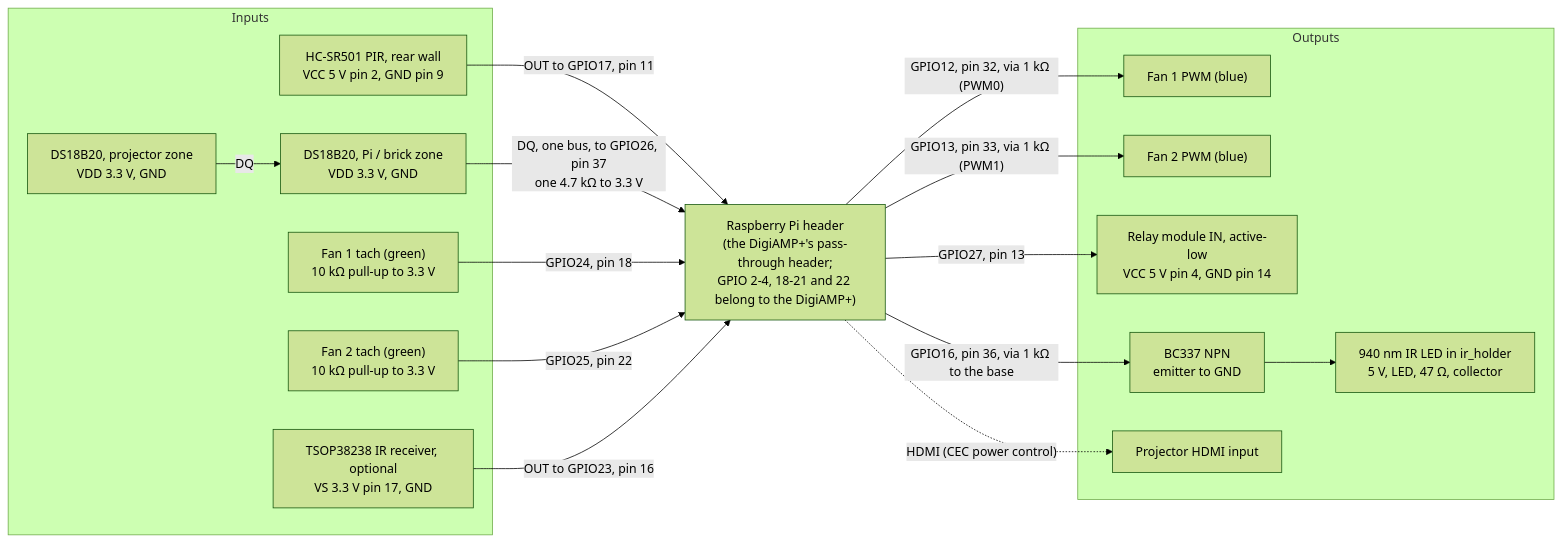
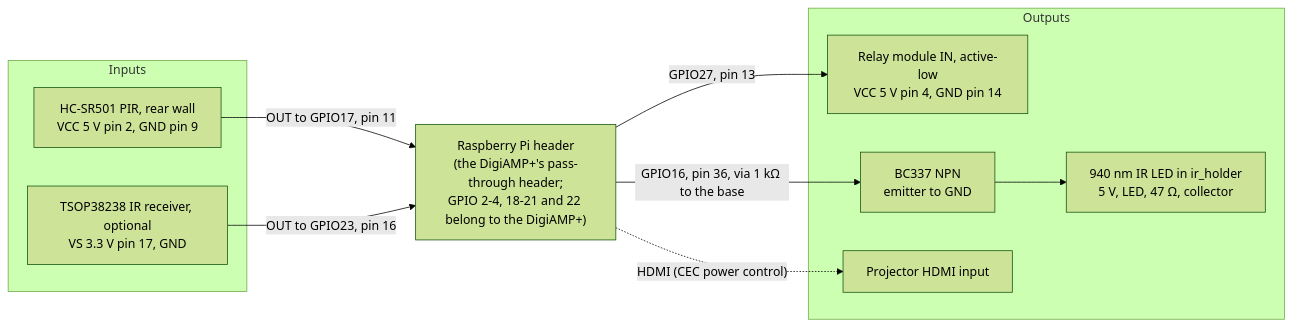
Before and after one commit to davidwkeith/atmosfx-projector-case: the third of 3 diagrams in docs/WIRING.md, drawn with Mermaid (forest theme). The commit also changed other lines of this file and 4 other files, not shown here.

````diff
--- a/docs/WIRING.md
+++ b/docs/WIRING.md
@@ -123,31 +116,19 @@
 ```mermaid
 flowchart LR
   subgraph IN["Inputs"]
     PIR["HC-SR501 PIR, rear wall<br/>VCC 5 V pin 2, GND pin 9"]
-    T1["DS18B20, projector zone<br/>VDD 3.3 V, GND"]
-    T2["DS18B20, Pi / brick zone<br/>VDD 3.3 V, GND"]
-    TACH1["Fan 1 tach (green)<br/>10 kΩ pull-up to 3.3 V"]
-    TACH2["Fan 2 tach (green)<br/>10 kΩ pull-up to 3.3 V"]
     IRRX["TSOP38238 IR receiver, optional<br/>VS 3.3 V pin 17, GND"]
   end
   PI["Raspberry Pi header<br/>(the DigiAMP+'s pass-through header;<br/>GPIO 2-4, 18-21 and 22 belong to the DigiAMP+)"]
   subgraph OUTS["Outputs"]
-    PWM1["Fan 1 PWM (blue)"]
-    PWM2["Fan 2 PWM (blue)"]
     RELAY["Relay module IN, active-low<br/>VCC 5 V pin 4, GND pin 14"]
     Q1["BC337 NPN<br/>emitter to GND"]
     IRLED["940 nm IR LED in ir_holder<br/>5 V, LED, 47 Ω, collector"]
     PROJ["Projector HDMI input"]
   end
   PIR -- "OUT to GPIO17, pin 11" --> PI
-  T1 -- "DQ" --> T2
-  T2 -- "DQ, one bus, to GPIO26, pin 37<br/>one 4.7 kΩ to 3.3 V" --> PI
-  TACH1 -- "GPIO24, pin 18" --> PI
-  TACH2 -- "GPIO25, pin 22" --> PI
   IRRX -- "OUT to GPIO23, pin 16" --> PI
-  PI -- "GPIO12, pin 32, via 1 kΩ (PWM0)" --> PWM1
-  PI -- "GPIO13, pin 33, via 1 kΩ (PWM1)" --> PWM2
   PI -- "GPIO27, pin 13" --> RELAY
   PI -- "GPIO16, pin 36, via 1 kΩ to the base" --> Q1 --> IRLED
   PI -. "HDMI (CEC power control)" .-> PROJ
 ```
````
